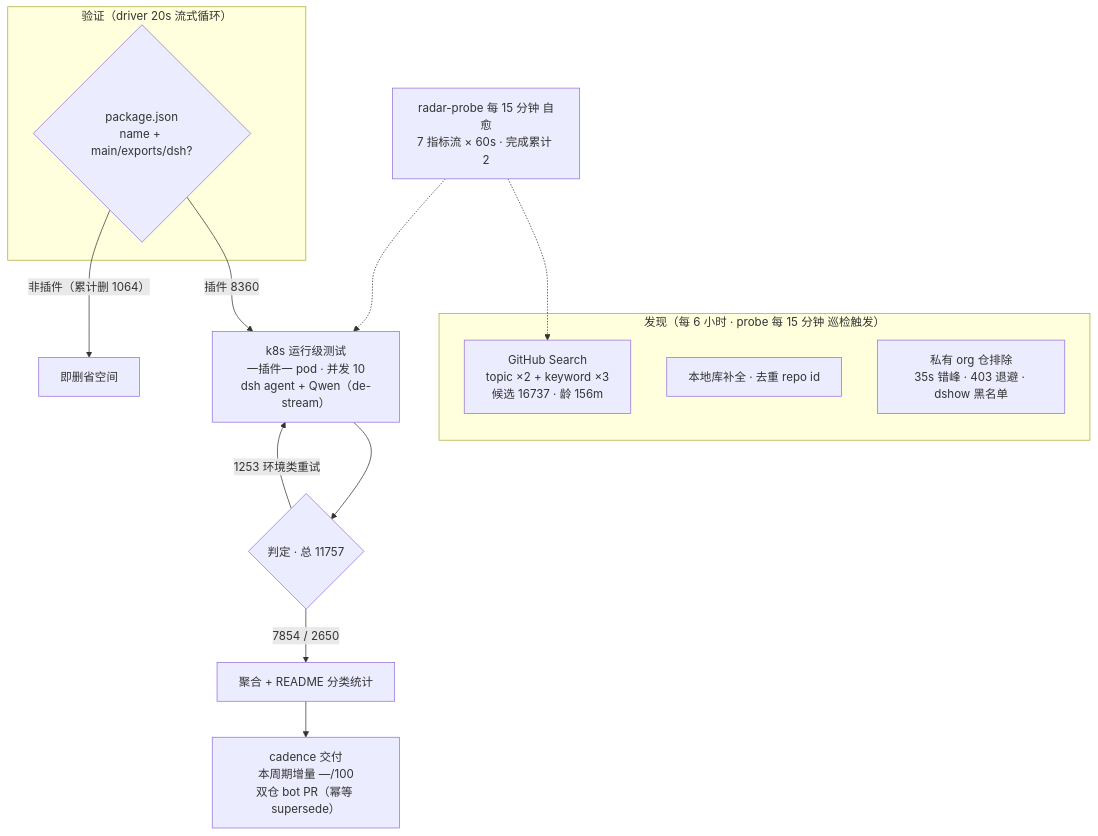
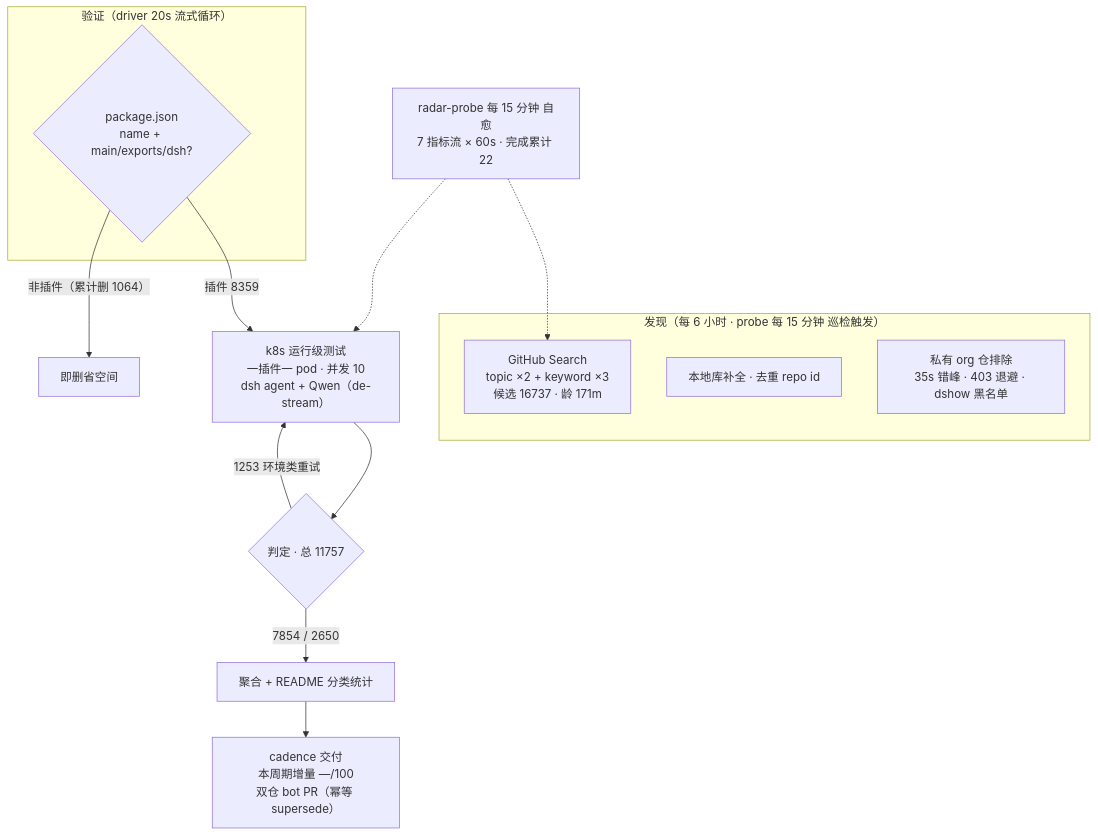
One commit to Zhidao-Lab-OSS/awesome-dsh-plugins changed the diagram in README.md. Above: the diagram before and after it, drawn with Mermaid. The commit also changed other lines of this file and 1 other file, not shown here.

````diff
--- a/README.md
+++ b/README.md
@@ -52,20 +52,20 @@
 ```mermaid
 flowchart TB
     subgraph Discovery["发现（每 6 小时 · probe 每 15 分钟 巡检触发）"]
-        A1["GitHub Search<br/>topic ×2 + keyword ×3<br/>候选 16737 · 龄 156m"]
+        A1["GitHub Search<br/>topic ×2 + keyword ×3<br/>候选 16737 · 龄 171m"]
         A2["本地库补全 · 去重 repo id"]
         A3["私有 org 仓排除<br/>35s 错峰 · 403 退避 · dshow 黑名单"]
     end
     subgraph Validation["验证（driver 20s 流式循环）"]
         B1{"package.json<br/>name + main/exports/dsh?"}
     end
-    B1 -->|"插件 8360"| C1["k8s 运行级测试<br/>一插件一 pod · 并发 10<br/>dsh agent + Qwen（de-stream）"]
+    B1 -->|"插件 8359"| C1["k8s 运行级测试<br/>一插件一 pod · 并发 10<br/>dsh agent + Qwen（de-stream）"]
     B1 -->|"非插件（累计删 1064）"| B3["即删省空间"]
     C1 --> D1{"判定 · 总 11757"}
     D1 -->|"7854 / 2650"| E1["聚合 + README 分类统计"]
     D1 -->|"1253 环境类重试"| C1
     E1 --> E2["cadence 交付<br/>本周期增量 —/100<br/>双仓 bot PR（幂等 supersede）"]
-    M["radar-probe 每 15 分钟 自愈<br/>7 指标流 × 60s · 完成累计 2"]
+    M["radar-probe 每 15 分钟 自愈<br/>7 指标流 × 60s · 完成累计 22"]
     M -.-> A1
     M -.-> C1
 ```
````
